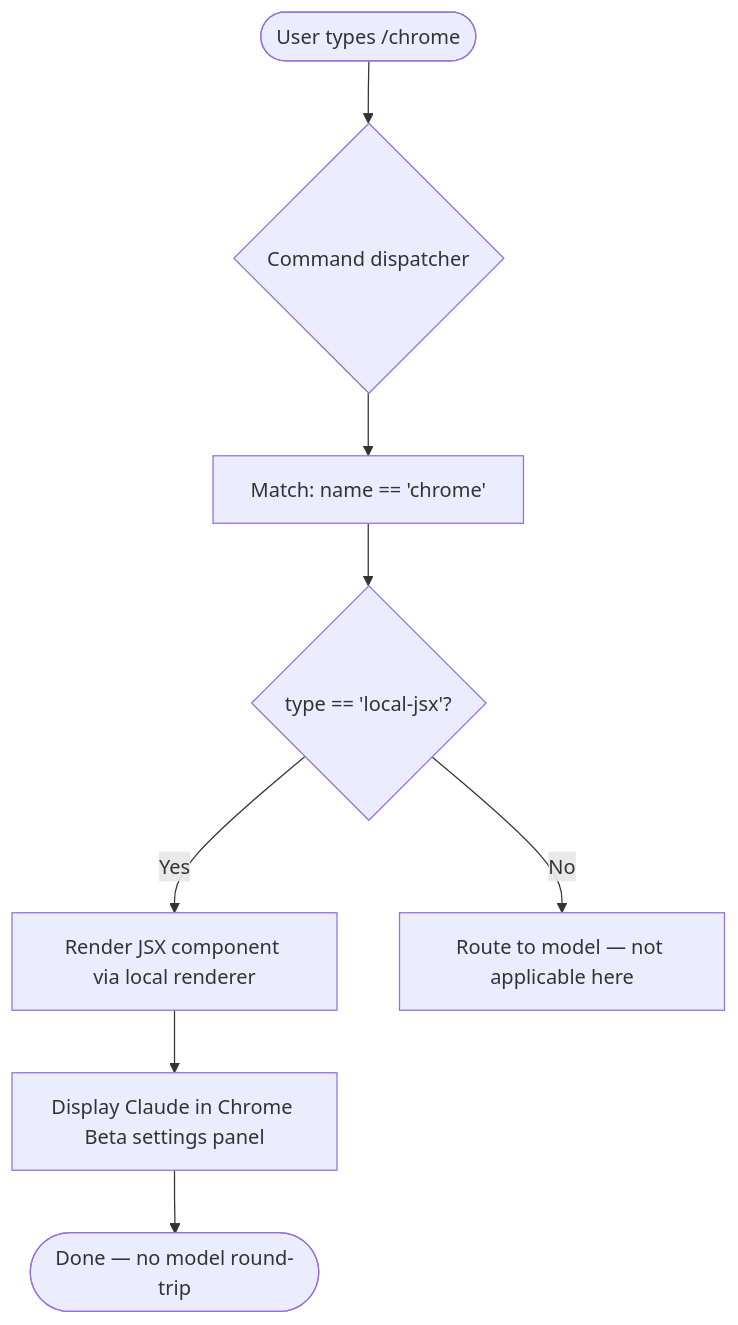
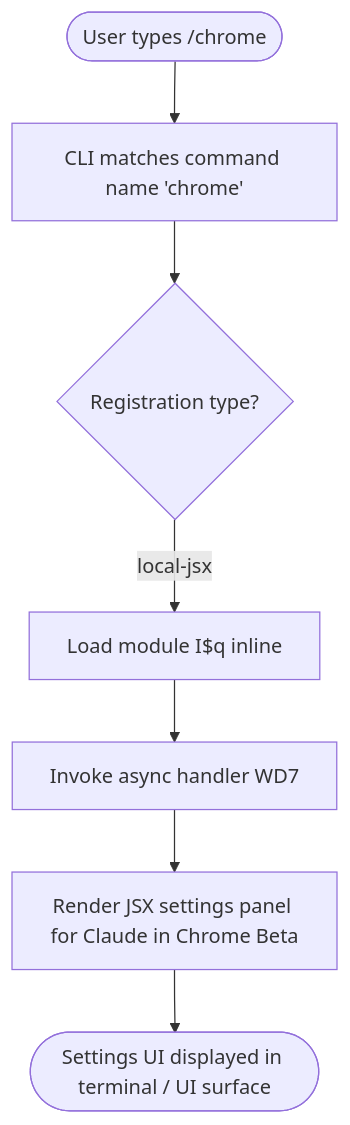
Before and after one commit to MyLittleLuckyDog/cc-gnothi: the diagram in versions/v2.1.133/chrome.md, drawn with Mermaid. The commit also changed other lines of this file and 95 other files, not shown here.

````diff
--- a/versions/v2.1.133/chrome.md
+++ b/versions/v2.1.133/chrome.md
@@ -49,10 +58,9 @@
 ```mermaid
 flowchart TD
-    A([User types /chrome]) --> B{Command dispatcher}
-    B --> C[Match: name == 'chrome']
-    C --> D{type == 'local-jsx'?}
-    D -- Yes --> E[Render JSX component via local renderer]
-    D -- No --> F[Route to model — not applicable here]
-    E --> G[Display Claude in Chrome Beta settings panel]
-    G --> H([Done — no model round-trip])
+    A([User types /chrome]) --> B[CLI matches command name 'chrome']
+    B --> C{Registration type?}
+    C -- local-jsx --> D[Load module I$q inline]
+    D --> E[Invoke async handler WD7]
+    E --> F[Render JSX settings panel for Claude in Chrome Beta]
+    F --> G([Settings UI displayed in terminal / UI surface])
 ```
````
